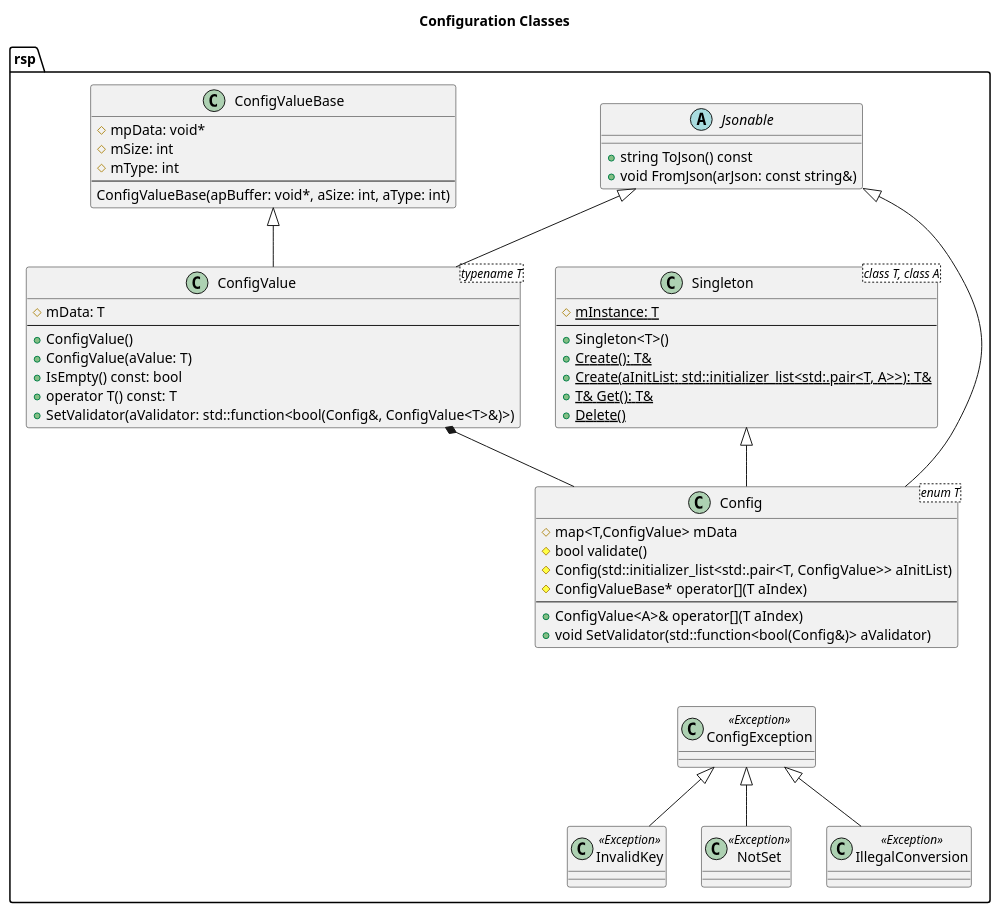
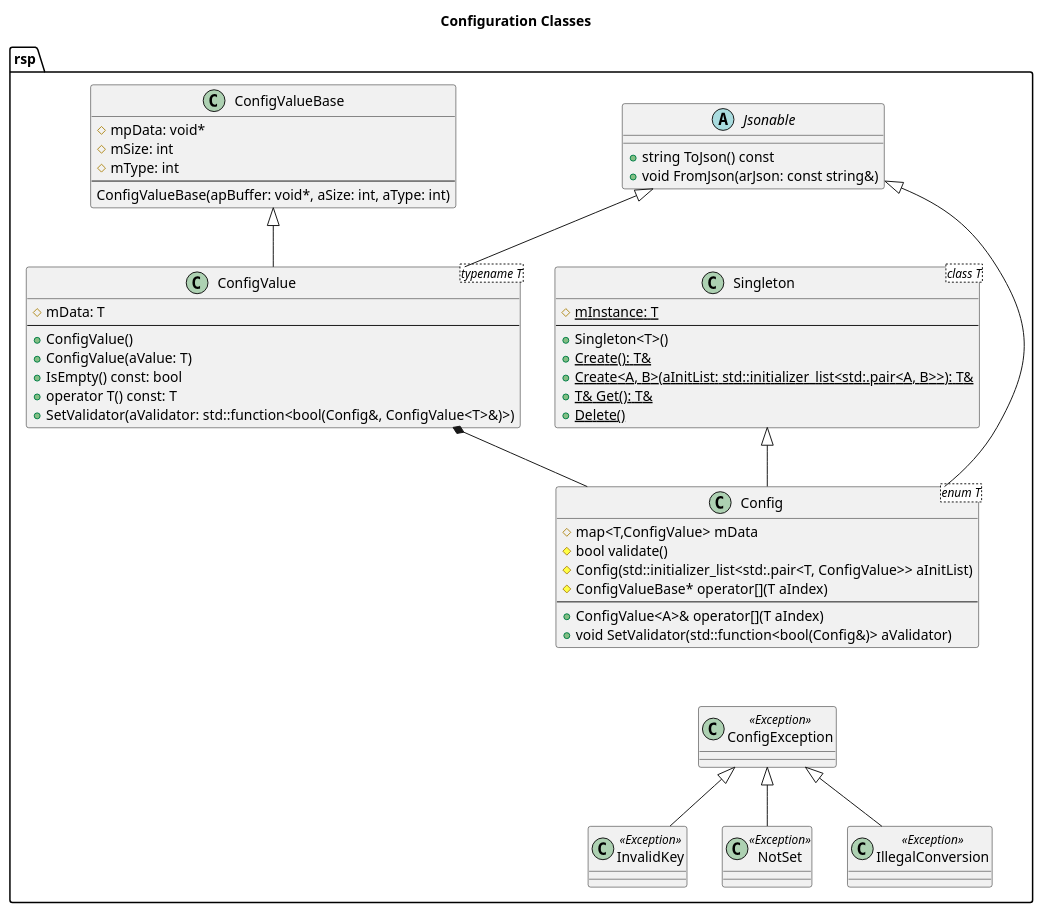
Before and after one commit to rsps/rsp-core-library: the diagram in docs/uml/Config Classes.puml, drawn with PlantUML. The commit also changed 6 other files, not shown here.

First line of the commit message:
Add Logging and FileSystem class diagrams

```diff
--- a/docs/uml/Config Classes.puml
+++ b/docs/uml/Config Classes.puml
@@ -1,72 +1,72 @@
 @startuml
 
 skinparam stereotypeCBackgroundColor<<Exception>> Red
 'hide stereotype
 
 title Configuration Classes
 
 namespace rsp {
 
 abstract class Jsonable {
     +string ToJson() const
     +void FromJson(arJson: const string&)
 }
 
-class Singleton<class T, class A> {
+class Singleton<class T> {
     #{static} mInstance: T
 --
     +Singleton<T>()
     +{static} Create(): T&
-    +{static} Create(aInitList: std::initializer_list<std:.pair<T, A>>): T& 
+    +{static} Create<A, B>(aInitList: std::initializer_list<std:.pair<A, B>>): T& 
     +{static} T& Get(): T& 
     +{static} Delete()
 }
 
 class ConfigValueBase {
     #mpData: void*
     #mSize: int
     #mType: int
 --
     ConfigValueBase(apBuffer: void*, aSize: int, aType: int)
 }
 
 class ConfigValue<typename T> {
     #mData: T
 --
     +ConfigValue()
     +ConfigValue(aValue: T)
     +IsEmpty() const: bool
     +operator T() const: T
     +SetValidator(aValidator: std::function<bool(Config&, ConfigValue<T>&)>)
 }
 
 class Config<enum T> {
     #map<T,ConfigValue> mData
     #bool validate()
     #Config(std::initializer_list<std:.pair<T, ConfigValue>> aInitList)
     #ConfigValueBase* operator[](T aIndex)
 --
     +ConfigValue<A>& operator[](T aIndex)
     +void SetValidator(std::function<bool(Config&)> aValidator)
 }
 
 ConfigValueBase <|-- ConfigValue
 ConfigValue *-- Config
 Jsonable <|-- Config
 Jsonable <|-- ConfigValue
 Singleton <|-- Config
 
 class ConfigException <<Exception>>
 class InvalidKey <<Exception>>
 class NotSet <<Exception>>
 class IllegalConversion <<Exception>>
 
 ConfigException <|-- InvalidKey
 ConfigException <|-- NotSet
 ConfigException <|-- IllegalConversion
 
 Config <-down[hidden]- ConfigException
 
 }
 
 @enduml
```
